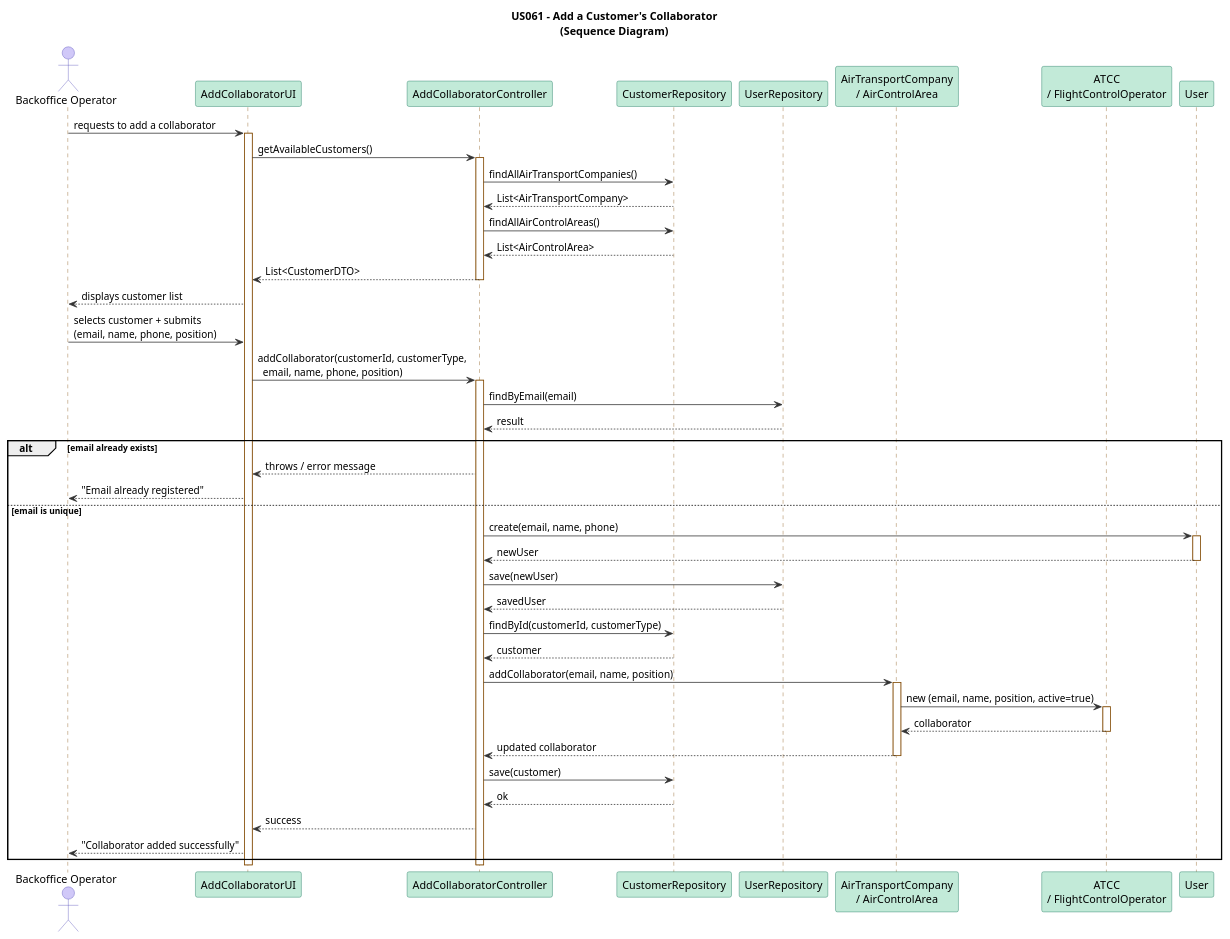
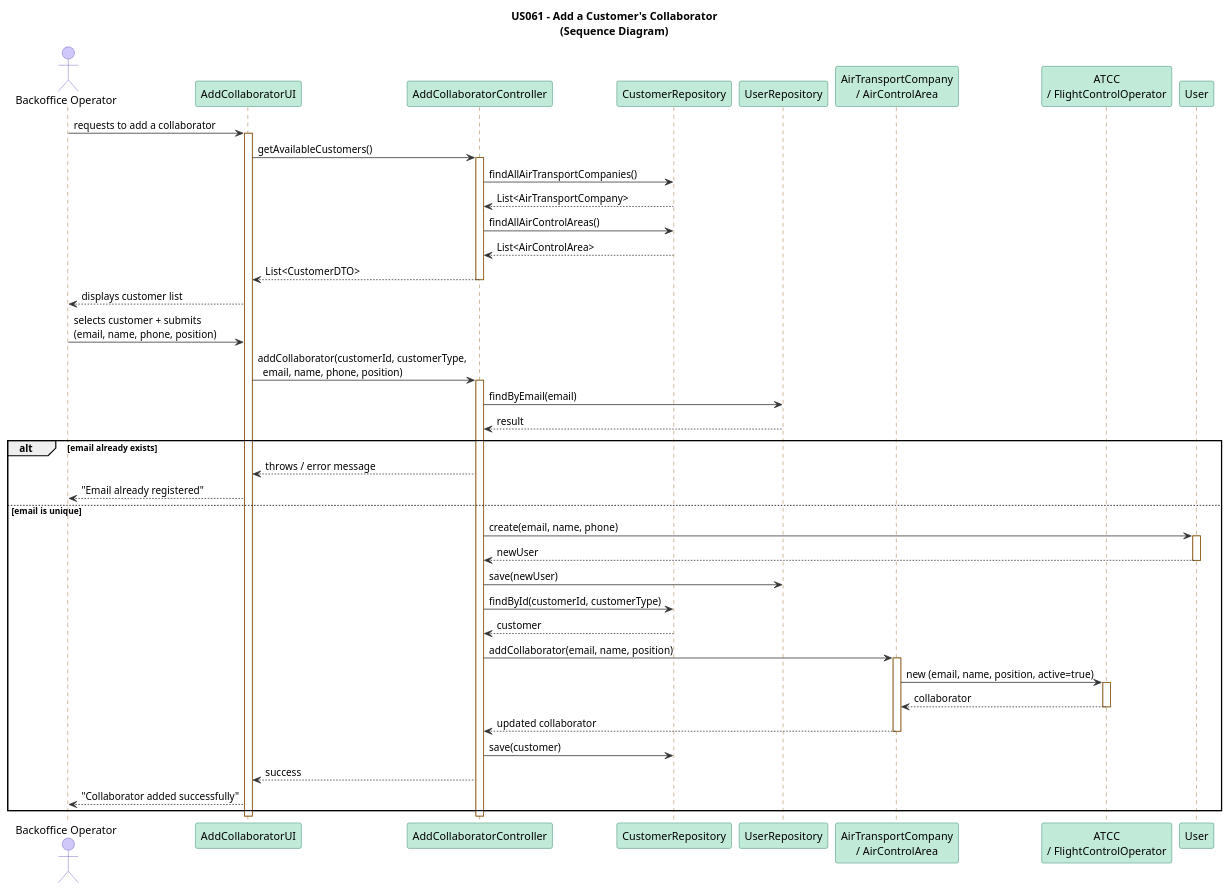
The diagram in docs/Sprint 2/EAPLI/US061/puml/US061-sequence-diagram.puml (DuartePinto1240/sem4pi2526-sem4pi2526_2da2), drawn with PlantUML before and after one commit. The commit also changed 1 other file, not shown here.

Commit message:
US061 - sequence diagram corrected (typo) #103

```diff
--- a/docs/Sprint 2/EAPLI/US061/puml/US061-sequence-diagram.puml
+++ b/docs/Sprint 2/EAPLI/US061/puml/US061-sequence-diagram.puml
@@ -1,82 +1,80 @@
 @startuml SD_US061
 title US061 – Add a Customer's Collaborator\n(Sequence Diagram)
 
 skinparam sequence {
     ActorBorderColor #534AB7
     ActorBackgroundColor #D0C8F8
     ParticipantBorderColor #0F6E56
     ParticipantBackgroundColor #C2EAD8
     LifeLineBorderColor #854F0B
     NoteBackgroundColor #FAE8C0
     NoteBorderColor #854F0B
     ArrowColor #333333
 }
 
 actor "Backoffice Operator" as BO
 participant "AddCollaboratorUI" as UI
 participant "AddCollaboratorController" as CTRL
 participant "CustomerRepository" as CREPO
 participant "UserRepository" as UREPO
 participant "AirTransportCompany\n/ AirControlArea" as CUSTOMER
 participant "ATCC\n/ FlightControlOperator" as COLLAB
 participant "User" as USER
 
 
 BO -> UI : requests to add a collaborator
 activate UI
 
 UI -> CTRL : getAvailableCustomers()
 activate CTRL
 CTRL -> CREPO : findAllAirTransportCompanies()
 CREPO --> CTRL : List<AirTransportCompany>
 CTRL -> CREPO : findAllAirControlAreas()
 CREPO --> CTRL : List<AirControlArea>
 CTRL --> UI : List<CustomerDTO>
 deactivate CTRL
 
 UI --> BO : displays customer list
 
 BO -> UI : selects customer + submits\n(email, name, phone, position)
 
 UI -> CTRL : addCollaborator(customerId, customerType,\n  email, name, phone, position)
 activate CTRL
 
 CTRL -> UREPO : findByEmail(email)
 UREPO --> CTRL : result
 
 alt email already exists
     CTRL --> UI : throws / error message
     UI --> BO : "Email already registered"
 
 else email is unique
 
     CTRL -> USER : create(email, name, phone)
     activate USER
     USER --> CTRL : newUser
     deactivate USER
     CTRL -> UREPO : save(newUser)
-    UREPO --> CTRL : savedUser
 
     CTRL -> CREPO : findById(customerId, customerType)
     CREPO --> CTRL : customer
 
     CTRL -> CUSTOMER : addCollaborator(email, name, position)
     activate CUSTOMER
     CUSTOMER -> COLLAB : new (email, name, position, active=true)
     activate COLLAB
     COLLAB --> CUSTOMER : collaborator
     deactivate COLLAB
     CUSTOMER --> CTRL : updated collaborator
     deactivate CUSTOMER
 
     CTRL -> CREPO : save(customer)
-    CREPO --> CTRL : ok
 
     CTRL --> UI : success
     UI --> BO : "Collaborator added successfully"
 end
 
 deactivate CTRL
 deactivate UI
 
 @enduml
```
